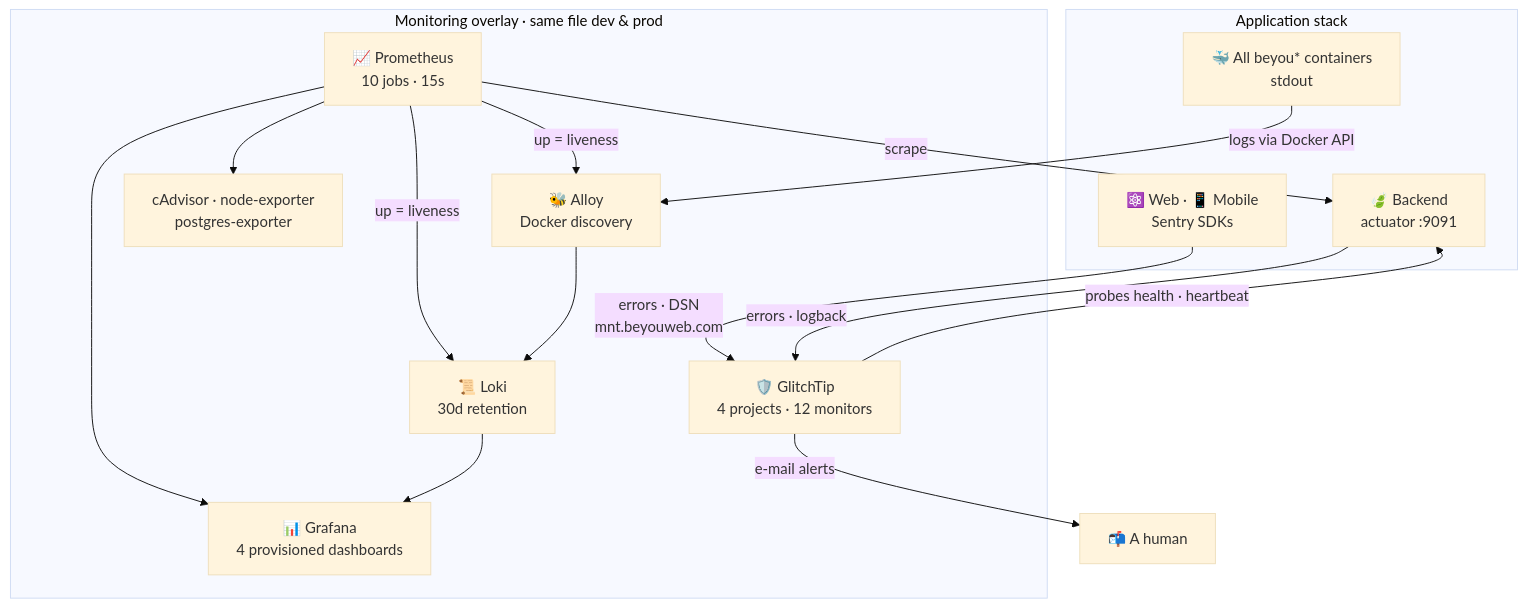
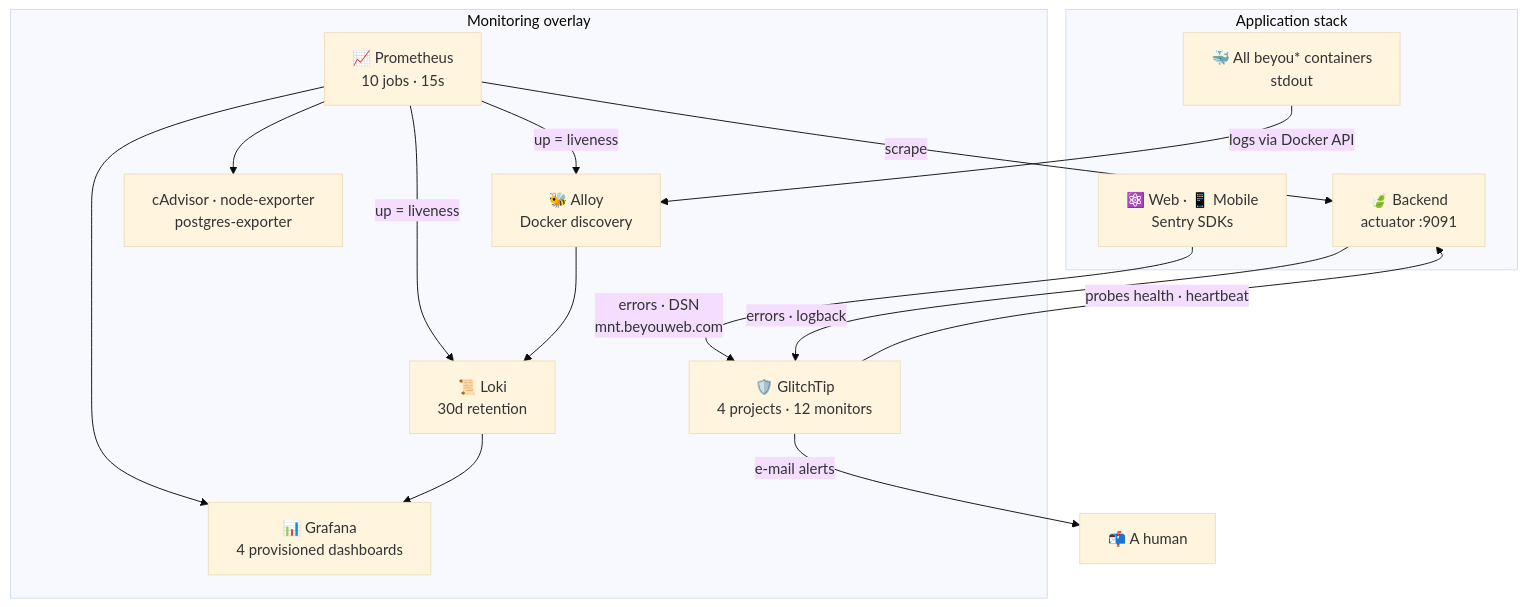
The diagram in architecture/monitoring/diagram.mmd (AndDev741/Beyou-arch-design), drawn with Mermaid (base theme) before and after one commit. The commit also changed 8 other files, not shown here.

First line of the commit message:
docs(blog): the AI agent cascade post, plus diagram layout fixes

```diff
--- a/architecture/monitoring/diagram.mmd
+++ b/architecture/monitoring/diagram.mmd
@@ -1,27 +1,27 @@
 flowchart TD
   subgraph app["Application stack"]
     BE["🍃 Backend<br/>actuator :9091"]
     WEB["⚛️ Web · 📱 Mobile<br/>Sentry SDKs"]
     CONT["🐳 All beyou* containers<br/>stdout"]
   end
 
-  subgraph overlay["Monitoring overlay · same file dev & prod"]
+  subgraph overlay["Monitoring overlay"]
     PR["📈 Prometheus<br/>10 jobs · 15s"]
     AL["🐝 Alloy<br/>Docker discovery"]
     LK["📜 Loki<br/>30d retention"]
     GT["🛡️ GlitchTip<br/>4 projects · 12 monitors"]
     GF["📊 Grafana<br/>4 provisioned dashboards"]
     EX["cAdvisor · node-exporter<br/>postgres-exporter"]
   end
 
   PR -->|"scrape"| BE
   PR --> EX
   PR -->|"up = liveness"| LK
   PR -->|"up = liveness"| AL
   CONT -->|"logs via Docker API"| AL --> LK
   WEB -->|"errors · DSN<br/>mnt.beyouweb.com"| GT
   BE -->|"errors · logback"| GT
   GT -->|"probes health · heartbeat"| BE
   PR --> GF
   LK --> GF
   GT -->|"e-mail alerts"| MAIL["📬 A human"]
```
